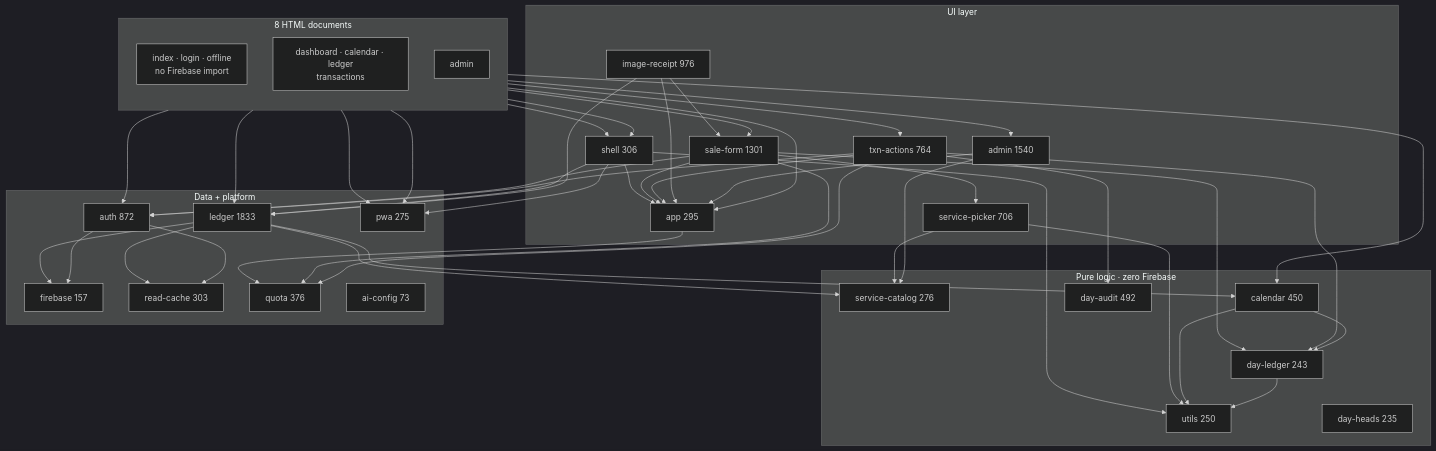
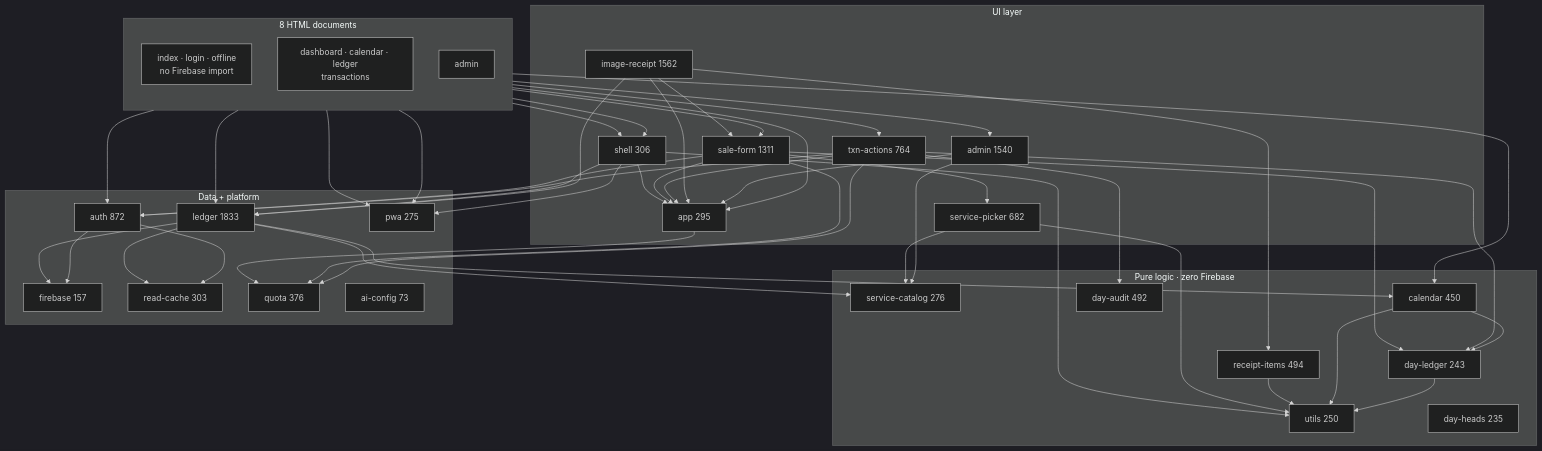
One commit to arshinmrelju/leadger changed the diagram in docs/ARCHITECTURE.md. Above: the diagram before and after it, drawn with Mermaid (dark theme). The commit also changed other lines of this file and 11 other files, not shown here.

```diff
--- a/docs/ARCHITECTURE.md
+++ b/docs/ARCHITECTURE.md
@@ -28,15 +28,16 @@
         DL["day-ledger 243"]
         CAL["calendar 450"]
         AUD["day-audit 492"]
+        RITEMS["receipt-items 494"]
     end
 
     subgraph UI["UI layer"]
         APP["app 295"]
         SHELL["shell 306"]
-        FORM["sale-form 1301"]
-        PICK["service-picker 706"]
+        FORM["sale-form 1311"]
+        PICK["service-picker 682"]
         TXN["txn-actions 764"]
-        IMGR["image-receipt 976"]
+        IMGR["image-receipt 1562"]
         ADMJS["admin 1540"]
     end
 
@@ -82,6 +83,8 @@
     IMGR --> APP
     IMGR --> LEDGER
     IMGR --> FORM
+    IMGR --> RITEMS
+    RITEMS --> UTIL
     ADMJS --> APP
     ADMJS --> CAT
     LEDGER --> FB
```
